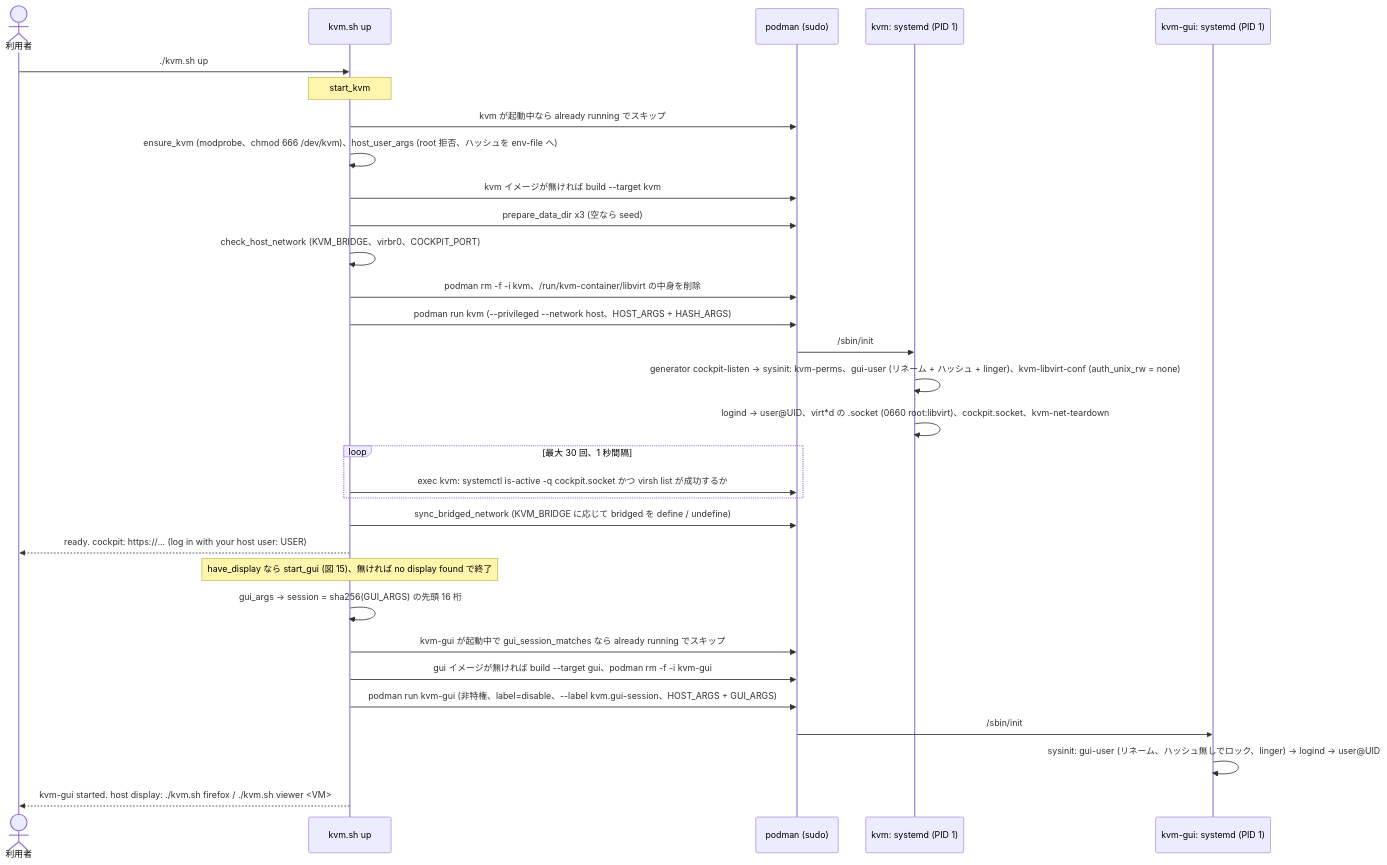
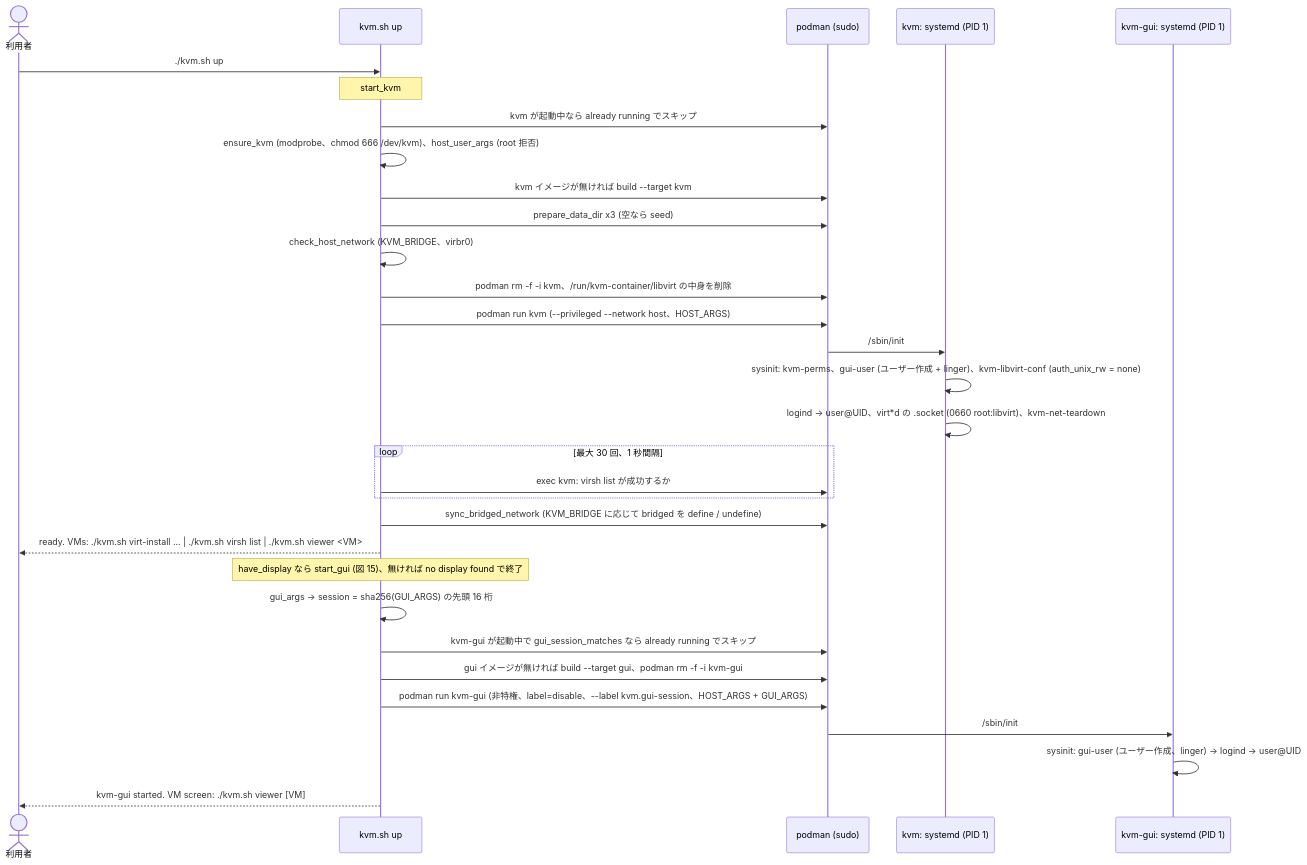
Diagram 14 of 22 in docs/SPEC.md (ryo-aoki-pc/kvm-container), drawn with Mermaid before and after one commit. The commit also changed other lines of this file and 11 other files, not shown here.

````diff
--- a/docs/SPEC.md
+++ b/docs/SPEC.md
@@ -735,33 +697,33 @@
 ```mermaid
 sequenceDiagram
   actor U as 利用者
   participant K as kvm.sh up
   participant P as podman (sudo)
   participant S as kvm: systemd (PID 1)
   participant G as kvm-gui: systemd (PID 1)
   U->>K: ./kvm.sh up
   Note over K: start_kvm
   K->>P: kvm が起動中なら already running でスキップ
-  K->>K: ensure_kvm (modprobe、chmod 666 /dev/kvm)、host_user_args (root 拒否、ハッシュを env-file へ)
+  K->>K: ensure_kvm (modprobe、chmod 666 /dev/kvm)、host_user_args (root 拒否)
   K->>P: kvm イメージが無ければ build --target kvm
   K->>P: prepare_data_dir x3 (空なら seed)
-  K->>K: check_host_network (KVM_BRIDGE、virbr0、COCKPIT_PORT)
+  K->>K: check_host_network (KVM_BRIDGE、virbr0)
   K->>P: podman rm -f -i kvm、/run/kvm-container/libvirt の中身を削除
-  K->>P: podman run kvm (--privileged --network host、HOST_ARGS + HASH_ARGS)
+  K->>P: podman run kvm (--privileged --network host、HOST_ARGS)
   P->>S: /sbin/init
-  S->>S: generator cockpit-listen → sysinit: kvm-perms、gui-user (リネーム + ハッシュ + linger)、kvm-libvirt-conf (auth_unix_rw = none)
-  S->>S: logind → user@UID、virt*d の .socket (0660 root:libvirt)、cockpit.socket、kvm-net-teardown
+  S->>S: sysinit: kvm-perms、gui-user (ユーザー作成 + linger)、kvm-libvirt-conf (auth_unix_rw = none)
+  S->>S: logind → user@UID、virt*d の .socket (0660 root:libvirt)、kvm-net-teardown
   loop 最大 30 回、1 秒間隔
-    K->>P: exec kvm: systemctl is-active -q cockpit.socket かつ virsh list が成功するか
+    K->>P: exec kvm: virsh list が成功するか
   end
   K->>P: sync_bridged_network (KVM_BRIDGE に応じて bridged を define / undefine)
-  K-->>U: ready. cockpit: https://... (log in with your host user: USER)
+  K-->>U: ready. VMs: ./kvm.sh virt-install ... | ./kvm.sh virsh list | ./kvm.sh viewer <VM>
   Note over K: have_display なら start_gui (図 15)、無ければ no display found で終了
   K->>K: gui_args → session = sha256(GUI_ARGS) の先頭 16 桁
   K->>P: kvm-gui が起動中で gui_session_matches なら already running でスキップ
   K->>P: gui イメージが無ければ build --target gui、podman rm -f -i kvm-gui
   K->>P: podman run kvm-gui (非特権、label=disable、--label kvm.gui-session、HOST_ARGS + GUI_ARGS)
   P->>G: /sbin/init
-  G->>G: sysinit: gui-user (リネーム、ハッシュ無しでロック、linger) → logind → user@UID
-  K-->>U: kvm-gui started. host display: ./kvm.sh firefox / ./kvm.sh viewer <VM>
+  G->>G: sysinit: gui-user (ユーザー作成、linger) → logind → user@UID
+  K-->>U: kvm-gui started. VM screen: ./kvm.sh viewer [VM]
 ```
````
